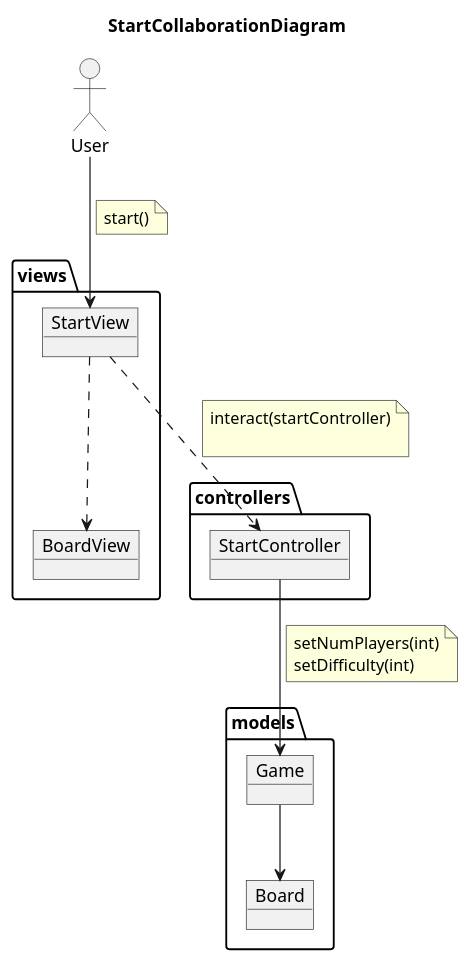
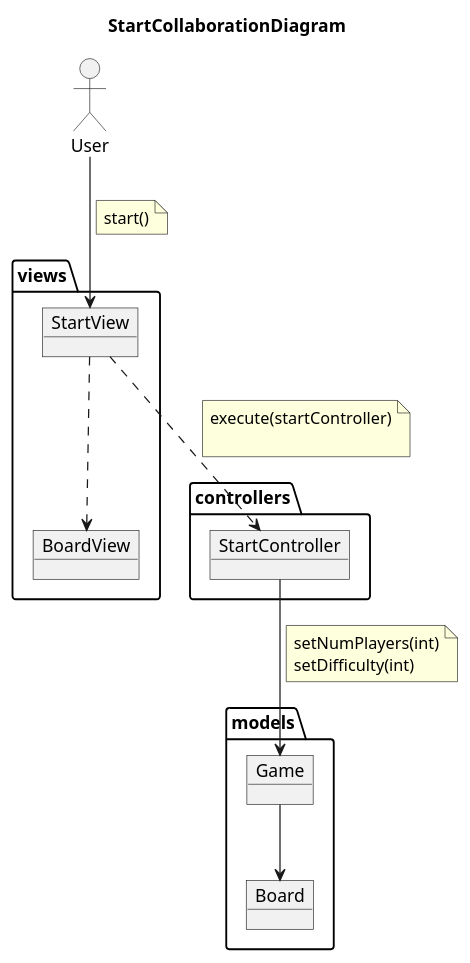
Before and after one commit to Master-Desarrollo-20-21/patrones-diseno---practica-final---juego-de-las-damas-fraylopez: the diagram in docs/src/analysis/use-cases/start-colab.plantuml, drawn with PlantUML. The commit also changed 3 other files, not shown here.

```diff
--- a/docs/src/analysis/use-cases/start-colab.plantuml
+++ b/docs/src/analysis/use-cases/start-colab.plantuml
@@ -2,60 +2,60 @@
 @startuml StartCollaborationDiagram
 title StartCollaborationDiagram
 allow_mixing
 
 actor User
 
 package controllers  {
 
     object  StartController{
 
     }
 }
 
 
 package models  {
 
     object  Board{
 
     }
 
     object Game{
 
     }
 
     Game --> Board
 
 }
 
 
 package views {
     object BoardView{
 
     }
 
     object StartView{
 
     }
 
 
 }
 
 User --> StartView
 note on link
     start()
 end note
 
 StartView ..> BoardView
 
 StartView ..> StartController
 note on link
-    interact(startController)
+    execute(startController)
 
 end note
 StartController --> Game
 note on link
     setNumPlayers(int)
     setDifficulty(int)
 end note
 
 @enduml
```
